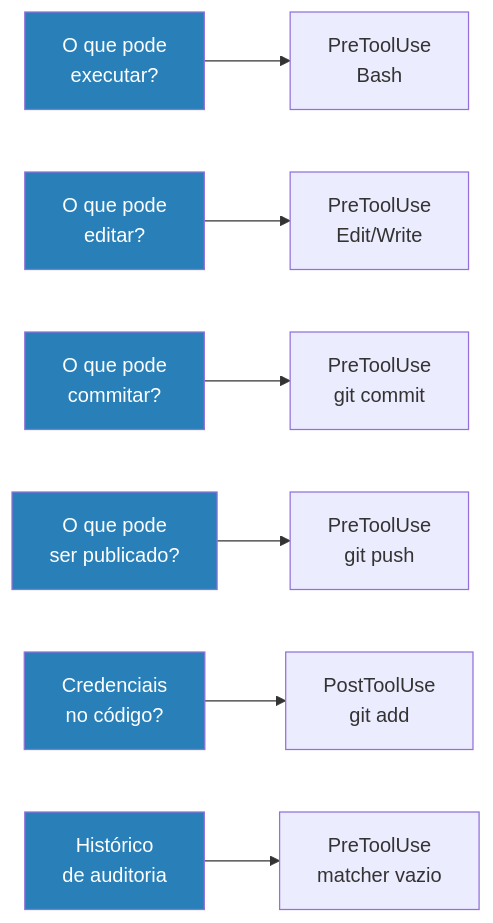
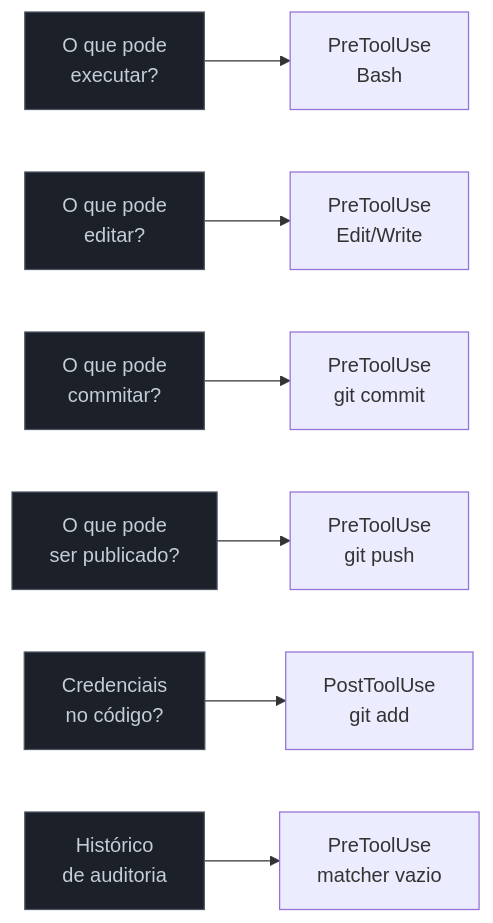
One commit to josenaldo/codex-technomanticus changed the diagram in 03-Dominios/Tecnologia/IA/Claude Code/Hooks e Guardrails/07 - Segurança com hooks.md. Above: the diagram before and after it, drawn with Mermaid. The commit also changed 1181 other files, not shown here.

First line of the commit message:
fix(diagramas): paleta do sistema no lugar de cor cravada no markdown

````diff
--- a/03-Dominios/Tecnologia/IA/Claude Code/Hooks e Guardrails/07 - Segurança com hooks.md
+++ b/03-Dominios/Tecnologia/IA/Claude Code/Hooks e Guardrails/07 - Segurança com hooks.md
@@ -41,16 +41,17 @@
 ```mermaid
 flowchart LR
+    classDef neutro fill:#1B2029,stroke:#4E5666,color:#C6CCD8
     A["O que pode\nexecutar?"] --> B["PreToolUse\nBash"]
     C["O que pode\neditar?"] --> D["PreToolUse\nEdit/Write"]
     E["O que pode\ncommitar?"] --> F["PreToolUse\ngit commit"]
     G["O que pode\nser publicado?"] --> H["PreToolUse\ngit push"]
     I["Credenciais\nno código?"] --> J["PostToolUse\ngit add"]
     K["Histórico\nde auditoria"] --> L["PreToolUse\nmatcher vazio"]
 
-    style A fill:#2980b9,color:#fff
-    style C fill:#2980b9,color:#fff
-    style E fill:#2980b9,color:#fff
-    style G fill:#2980b9,color:#fff
-    style I fill:#2980b9,color:#fff
-    style K fill:#2980b9,color:#fff
+    class A neutro
+    class C neutro
+    class E neutro
+    class G neutro
+    class I neutro
+    class K neutro
 ```
````
